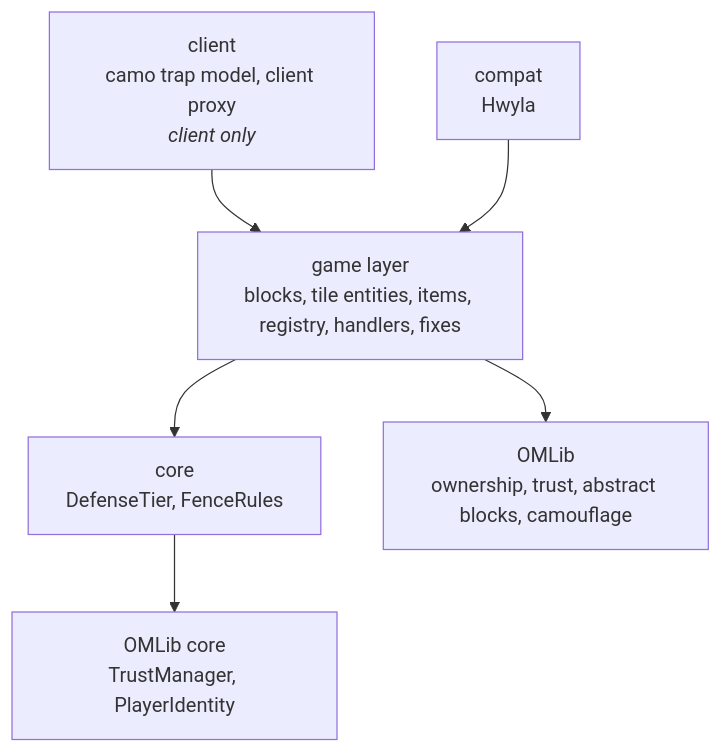
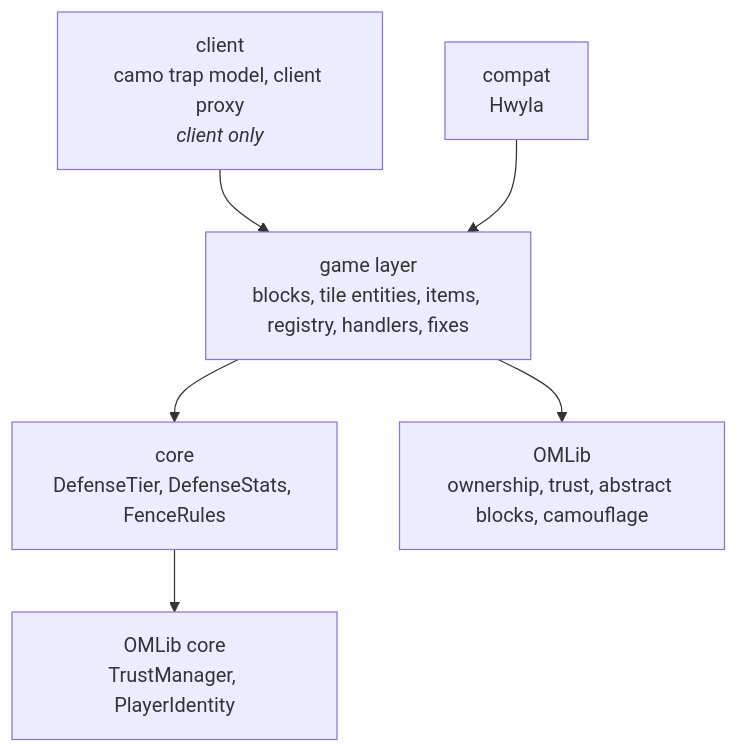
One commit to OpenModularTurretsTeam/OpenModularPassiveDefense changed the diagram in docs/architecture.md. Above: the diagram before and after it, drawn with Mermaid. The commit also changed other lines of this file and 10 other files, not shown here.

First line of the commit message:
Fence damage per tier; hardness, explosion resistance and fence damage configurable

````diff
--- a/docs/architecture.md
+++ b/docs/architecture.md
@@ -22,13 +22,13 @@
 ```mermaid
 flowchart TB
     client["client<br/>camo trap model, client proxy<br/><i>client only</i>"]
     game["game layer<br/>blocks, tile entities, items, registry, handlers, fixes"]
     compat["compat<br/>Hwyla"]
-    core["core<br/>DefenseTier, FenceRules"]
+    core["core<br/>DefenseTier, DefenseStats, FenceRules"]
     omlib["OMLib<br/>ownership, trust, abstract blocks, camouflage"]
     client --> game
     compat --> game
     game --> core
     game --> omlib
     core --> omlibcore["OMLib core<br/>TrustManager, PlayerIdentity"]
 ```
````
